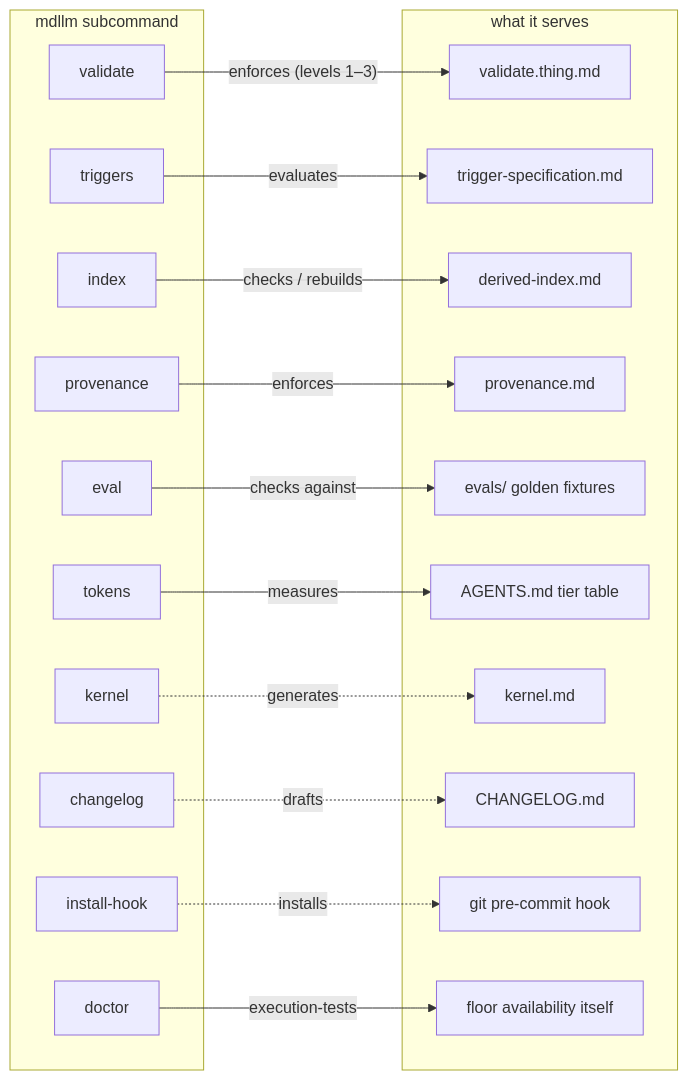
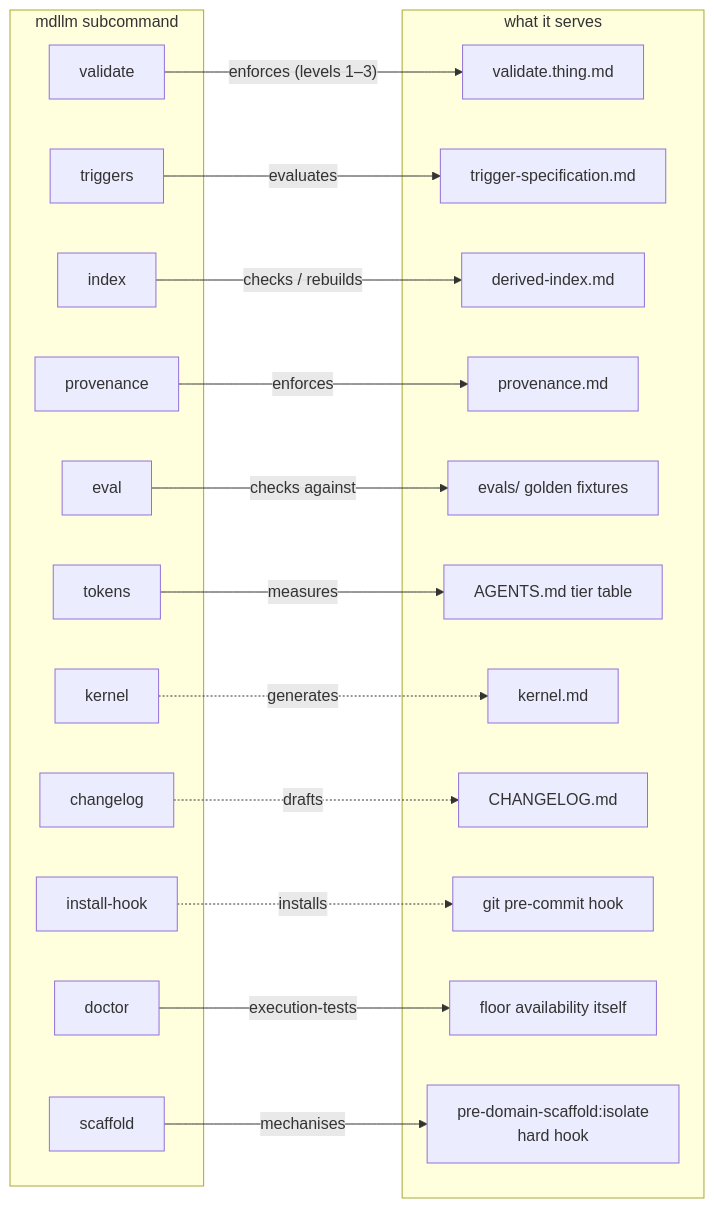
Before and after one commit to JanoshMoshiri/MarkdownLLM: the third of 3 diagrams in framework-map.md, drawn with Mermaid. The commit also changed other lines of this file and 11 other files, not shown here.

````diff
--- a/framework-map.md
+++ b/framework-map.md
@@ -167,38 +167,41 @@
 ```mermaid
 flowchart LR
     subgraph cli ["mdllm subcommand"]
         C1["validate"]
         C2["triggers"]
         C3["index"]
         C4["provenance"]
         C5["eval"]
         C6["tokens"]
         C7["kernel"]
         C8["changelog"]
         C9["install-hook"]
         C10["doctor"]
+        C11["scaffold"]
     end
     subgraph target ["what it serves"]
         T1["validate.thing.md"]
         T2["trigger-specification.md"]
         T3["derived-index.md"]
         T4["provenance.md"]
         T5["evals/ golden fixtures"]
         T6["AGENTS.md tier table"]
         T7["kernel.md"]
         T8["CHANGELOG.md"]
         T9["git pre-commit hook"]
         T10["floor availability itself"]
+        T11["pre-domain-scaffold:isolate<br/>hard hook"]
     end
 
     C1 -->|"enforces (levels 1–3)"| T1
     C2 -->|evaluates| T2
     C3 -->|"checks / rebuilds"| T3
     C4 -->|enforces| T4
     C5 -->|checks against| T5
     C6 -->|measures| T6
     C7 -.->|generates| T7
     C8 -.->|drafts| T8
     C9 -.->|installs| T9
     C10 -->|"execution-tests"| T10
+    C11 -->|mechanises| T11
 ```
````
